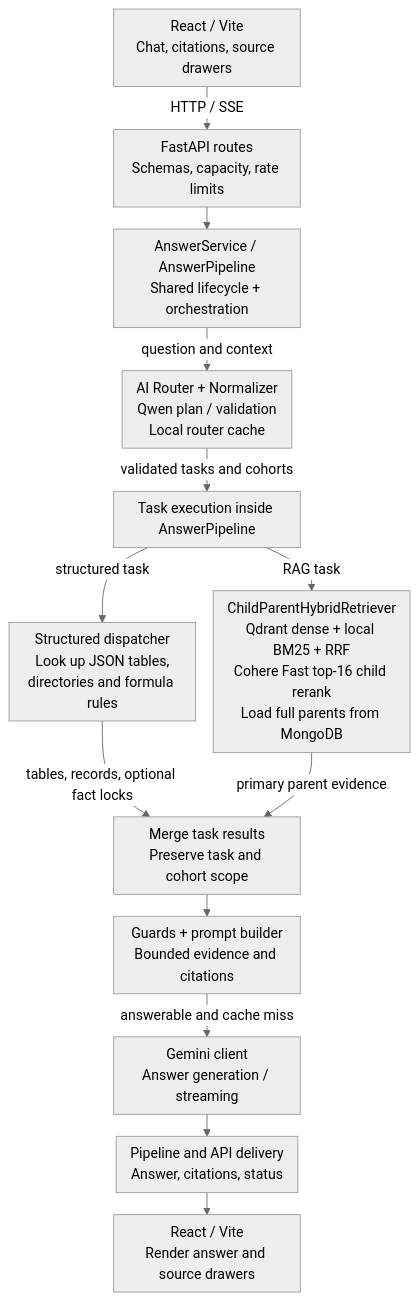
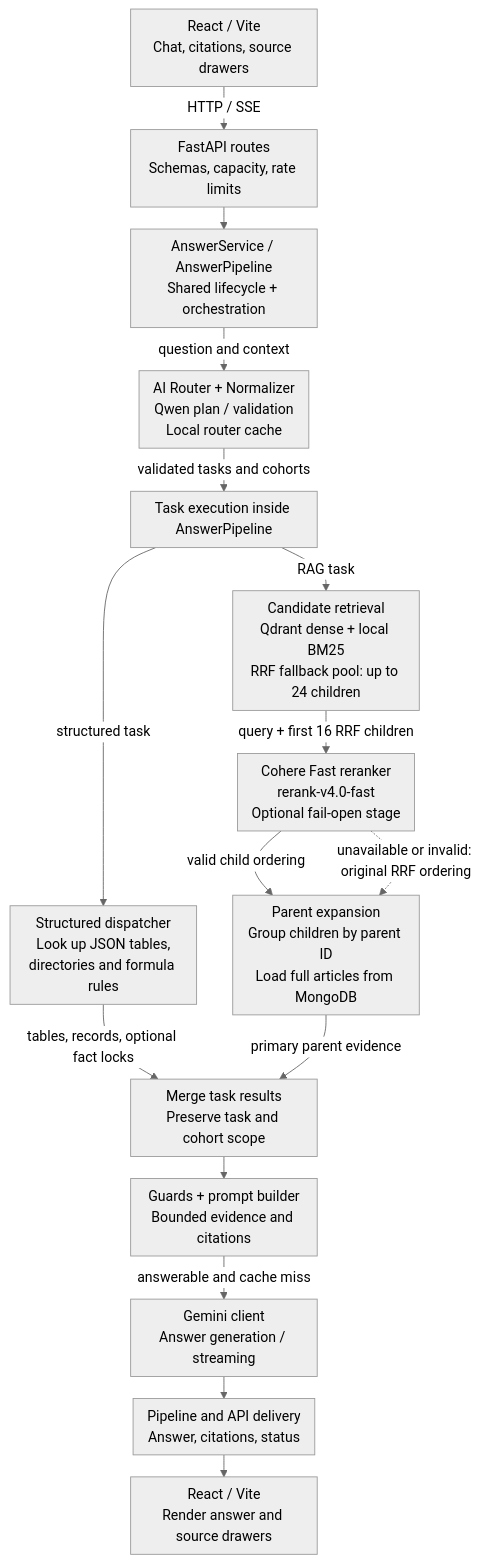
The first of 5 diagrams in README.md (AnhPhiNe/student-handbook-rag-chatbot), drawn with Mermaid (neutral theme) before and after one commit. The commit also changed other lines of this file, not shown here.

Commit message:
docs: clarify reranker runtime contract

```diff
--- a/README.md
+++ b/README.md
@@ -164,16 +164,19 @@
 ~~~mermaid
 %%{init: {"flowchart": {"wrappingWidth": 180, "nodeSpacing": 20, "rankSpacing": 25, "padding": 8}}}%%
 flowchart TD
     UI["React / Vite<br/>Chat, citations, source drawers"] -->|HTTP / SSE| API["FastAPI routes<br/>Schemas, capacity, rate limits"]
     API --> Pipeline["AnswerService / AnswerPipeline<br/>Shared lifecycle + orchestration"]
     Pipeline -->|question and context| Planner["AI Router + Normalizer<br/>Qwen plan / validation<br/>Local router cache"]
     Planner -->|validated tasks and cohorts| Execute["Task execution inside AnswerPipeline"]
     Execute -->|structured task| Structured["Structured dispatcher<br/>Look up JSON tables,<br/>directories and formula rules"]
-    Execute -->|RAG task| Retriever["ChildParentHybridRetriever<br/>Qdrant dense + local BM25 + RRF<br/>Cohere Fast top-16 child rerank<br/>Load full parents from MongoDB"]
+    Execute -->|RAG task| CandidateSearch["Candidate retrieval<br/>Qdrant dense + local BM25<br/>RRF fallback pool: up to 24 children"]
+    CandidateSearch -->|query + first 16 RRF children| Reranker["Cohere Fast reranker<br/>rerank-v4.0-fast<br/>Optional fail-open stage"]
+    Reranker -->|valid child ordering| ParentLoad["Parent expansion<br/>Group children by parent ID<br/>Load full articles from MongoDB"]
+    Reranker -.->|unavailable or invalid: original RRF ordering| ParentLoad
     Structured -->|tables, records, optional fact locks| Merge["Merge task results<br/>Preserve task and cohort scope"]
-    Retriever -->|primary parent evidence| Merge
+    ParentLoad -->|primary parent evidence| Merge
     Merge --> Packet["Guards + prompt builder<br/>Bounded evidence and citations"]
     Packet -->|answerable and cache miss| Composer["Gemini client<br/>Answer generation / streaming"]
     Composer --> Delivery["Pipeline and API delivery<br/>Answer, citations, status"]
     Delivery --> Display["React / Vite<br/>Render answer and source drawers"]
 ~~~
```
